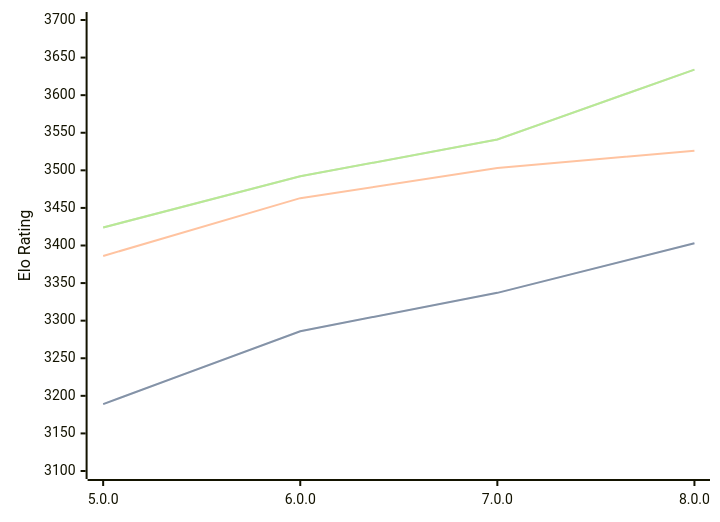
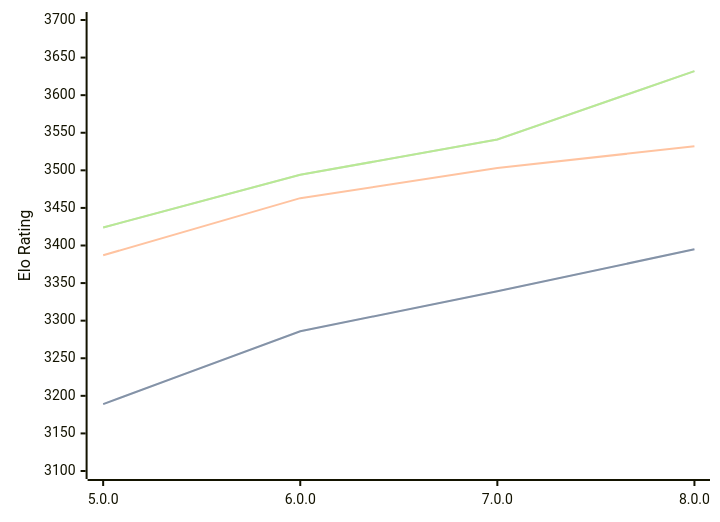
Before and after one commit to computer-chess-index/cci: the first of 3 diagrams in engines/Stormphrax.md, drawn with Mermaid. The commit also changed other lines of this file, not shown here.

Commit message:
Update CCI Ratings (ELO VLTC) - 2026-07-02

````diff
--- a/engines/Stormphrax.md
+++ b/engines/Stormphrax.md
@@ -39,11 +39,11 @@
 ```mermaid
 %%{init: {"theme":"base","themeVariables":{"seriesColors:['#a3a3a3','#222221','#faa371']}}}%%
 xychart-beta
   x-axis ["5.0.0", "6.0.0", "7.0.0", "8.0.0"]
   y-axis "Elo Rating" 3100 --> 3700
-  line "STC (8.0+0.08s)" [3189, 3286, 3337, 3403]
-  line "STC (8.0+0.08s)" [3189, 3286, 3337, 3403]
-  line "LTC (60.0+0.60s)" [3386, 3463, 3503, 3526]
-  line "VLTC (2m24s+1.12s)" [3424, 3492, 3541, 3634]
-  line "VLTC (2m24s+1.12s)" [3424, 3492, 3541, 3634]
+  line "STC (8.0+0.08s)" [3189, 3286, 3339, 3395]
+  line "STC (8.0+0.08s)" [3189, 3286, 3339, 3395]
+  line "LTC (60.0+0.60s)" [3387, 3463, 3503, 3532]
+  line "VLTC (2m24s+1.12s)" [3424, 3494, 3541, 3632]
+  line "VLTC (2m24s+1.12s)" [3424, 3494, 3541, 3632]
 ```
````
